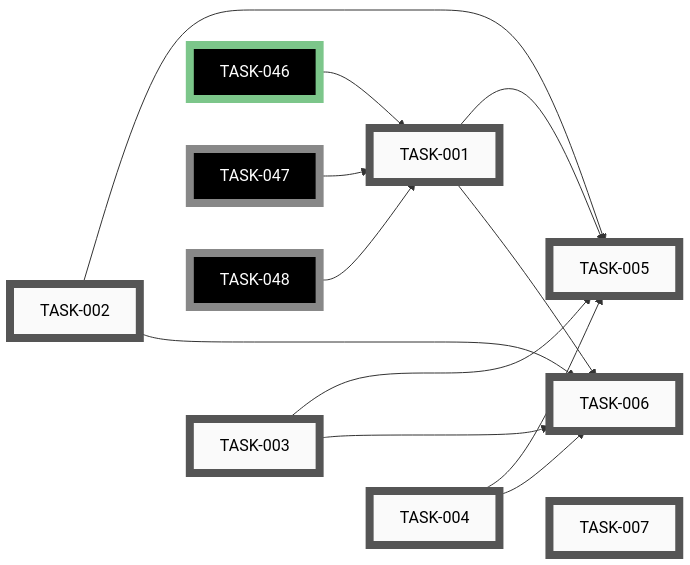
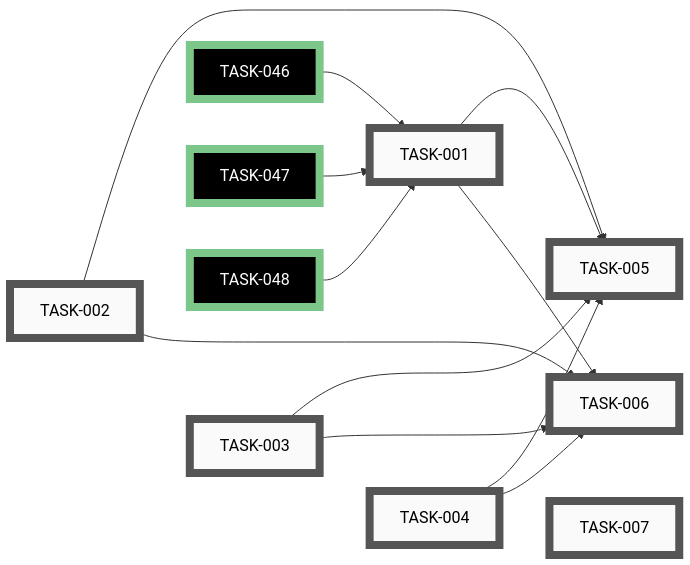
Before and after one commit to tgd1975/CircuitSmith: the first of 9 diagrams in docs/developers/tasks/EPICS.md, drawn with Mermaid. The commit also changed other lines of this file and 20 other files, not shown here.

````diff
--- a/docs/developers/tasks/EPICS.md
+++ b/docs/developers/tasks/EPICS.md
@@ -29,43 +29,43 @@
 ```mermaid
 graph LR
     TASK_001["TASK-001"]:::open
     TASK_002["TASK-002"]:::open
     TASK_003["TASK-003"]:::open
     TASK_004["TASK-004"]:::open
     TASK_005["TASK-005"]:::open
     TASK_006["TASK-006"]:::open
     TASK_007["TASK-007"]:::open
     TASK_046["TASK-046"]:::closedExt
-    TASK_047["TASK-047"]:::openExt
-    TASK_048["TASK-048"]:::openExt
+    TASK_047["TASK-047"]:::closedExt
+    TASK_048["TASK-048"]:::closedExt
     TASK_046 --> TASK_001
     TASK_047 --> TASK_001
     TASK_048 --> TASK_001
     TASK_001 --> TASK_005
     TASK_002 --> TASK_005
     TASK_003 --> TASK_005
     TASK_004 --> TASK_005
     TASK_001 --> TASK_006
     TASK_002 --> TASK_006
     TASK_003 --> TASK_006
     TASK_004 --> TASK_006
     TASK_002 ~~~ TASK_003 ~~~ TASK_004 ~~~ TASK_007
     click TASK_001 "open/task-001-extract-mcu-board-profiles.md"
     click TASK_002 "open/task-002-write-passives-component-library.md"
     click TASK_003 "open/task-003-write-connectors-component-library.md"
     click TASK_004 "open/task-004-write-sensors-component-library.md"
     click TASK_005 "open/task-005-write-circuit-json-schema.md"
     click TASK_006 "open/task-006-refactor-generate-schematic-to-use-library.md"
     click TASK_007 "open/task-007-skill-scaffold-license-changelog-docs.md"
     click TASK_046 "closed/task-046-add-pyproject-and-dev-requirements.md"
-    click TASK_047 "open/task-047-configure-pytest.md"
-    click TASK_048 "open/task-048-add-minimal-ci-workflow.md"
+    click TASK_047 "closed/task-047-configure-pytest.md"
+    click TASK_048 "closed/task-048-add-minimal-ci-workflow.md"
     classDef open    fill:#FAFAFA,stroke:#555,stroke-width:8px,color:#000
     classDef active  fill:#FAFAFA,stroke:#1A6FA8,stroke-width:8px,color:#000
     classDef closed  fill:#FAFAFA,stroke:#3F8B53,stroke-width:8px,color:#000
     classDef paused  fill:#FAFAFA,stroke:#B07810,stroke-width:8px,color:#000
     classDef openExt    fill:#000,stroke:#888,stroke-width:8px,color:#FFF
     classDef activeExt  fill:#000,stroke:#3FA9F5,stroke-width:8px,color:#FFF
     classDef closedExt  fill:#000,stroke:#7CC68A,stroke-width:8px,color:#FFF
     classDef pausedExt  fill:#000,stroke:#F0B030,stroke-width:8px,color:#FFF
 ```
````
